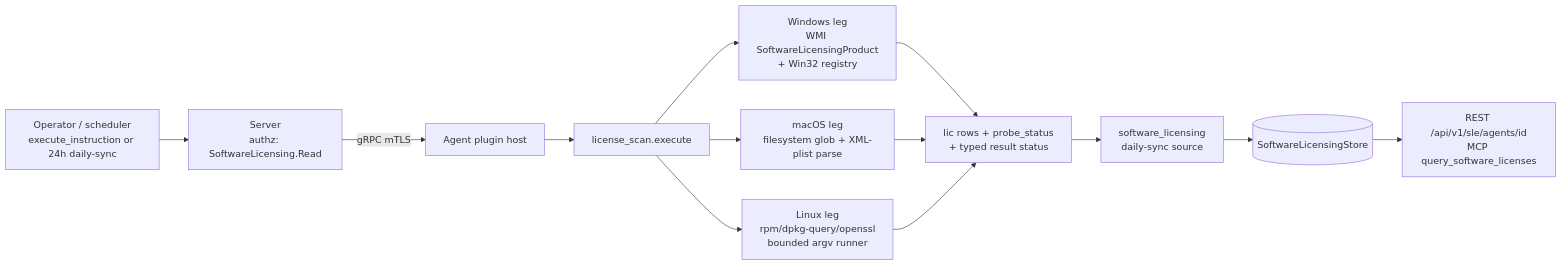
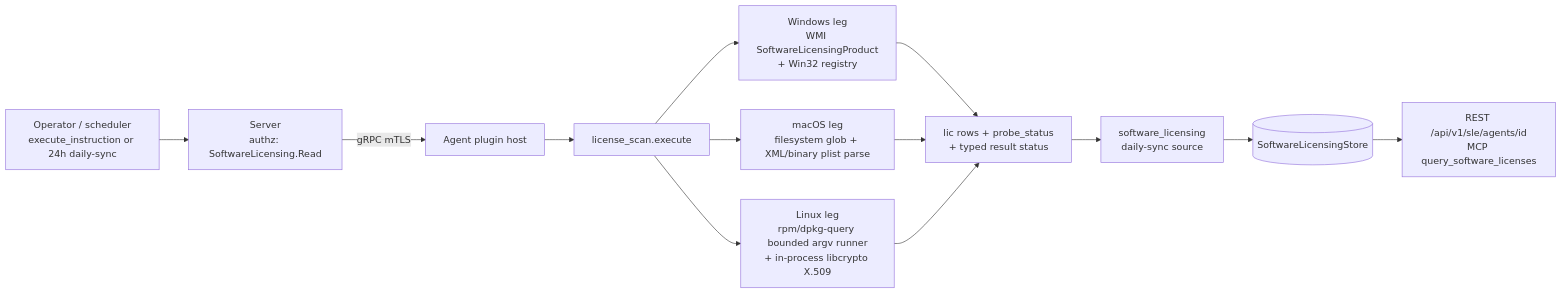
Before and after one commit to DevNullLtd/Yuzu: the diagram in agents/plugins/license_scan/README.md, drawn with Mermaid. The commit also changed other lines of this file and 24 other files, not shown here.

Commit message:
license_scan: decode binary Info.plist on macOS and read entitlement expiry in-process on Linux

````diff
--- a/agents/plugins/license_scan/README.md
+++ b/agents/plugins/license_scan/README.md
@@ -23,12 +23,12 @@
 ```mermaid
 flowchart LR
   OP[Operator / scheduler<br/>execute_instruction or 24h daily-sync] --> SRV[Server<br/>authz: SoftwareLicensing.Read]
   SRV -- gRPC mTLS --> HOST[Agent plugin host] --> EX[license_scan.execute]
   EX --> WIN[Windows leg<br/>WMI SoftwareLicensingProduct<br/>+ Win32 registry]
-  EX --> MAC[macOS leg<br/>filesystem glob + XML-plist parse]
-  EX --> LIN[Linux leg<br/>rpm/dpkg-query/openssl<br/>bounded argv runner]
+  EX --> MAC[macOS leg<br/>filesystem glob + XML/binary plist parse]
+  EX --> LIN[Linux leg<br/>rpm/dpkg-query bounded argv runner<br/>+ in-process libcrypto X.509]
   WIN & MAC & LIN --> ROWS[lic rows + probe_status<br/>+ typed result status]
   ROWS --> SYNC[software_licensing<br/>daily-sync source]
   SYNC --> STORE[(SoftwareLicensingStore)]
   STORE --> API[REST /api/v1/sle/agents/id<br/>MCP query_software_licenses]
 ```
````
